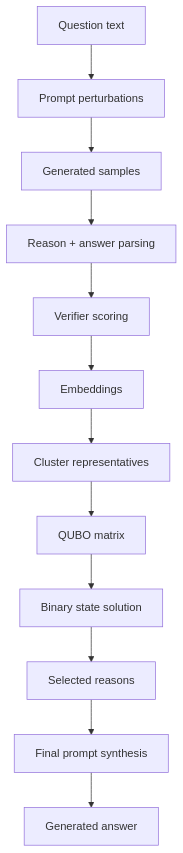
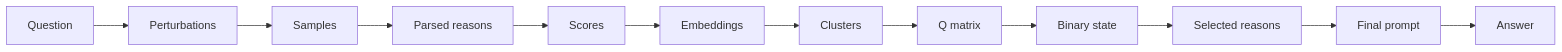
The fifth of 15 diagrams in README.md (tanaymitra54/samsung_backup), drawn with Mermaid before and after one commit. The commit also changed other lines of this file, not shown here.

Commit message:
Simplify README Mermaid diagrams: shorter labels, cleaner visuals, less text

````diff
--- a/README.md
+++ b/README.md
@@ -147,14 +142,14 @@
 ```mermaid
-flowchart TD
-    QN[Question text] --> P1[Prompt perturbations]
-    P1 --> P2[Generated samples]
-    P2 --> P3[Reason + answer parsing]
-    P3 --> P4[Verifier scoring]
+flowchart LR
+    QN[Question] --> P1[Perturbations]
+    P1 --> P2[Samples]
+    P2 --> P3[Parsed reasons]
+    P3 --> P4[Scores]
     P4 --> P5[Embeddings]
-    P5 --> P6[Cluster representatives]
-    P6 --> P7[QUBO matrix]
-    P7 --> P8[Binary state solution]
+    P5 --> P6[Clusters]
+    P6 --> P7[Q matrix]
+    P7 --> P8[Binary state]
     P8 --> P9[Selected reasons]
-    P9 --> P10[Final prompt synthesis]
-    P10 --> ANS[Generated answer]
+    P9 --> P10[Final prompt]
+    P10 --> ANS[Answer]
 ```
````
